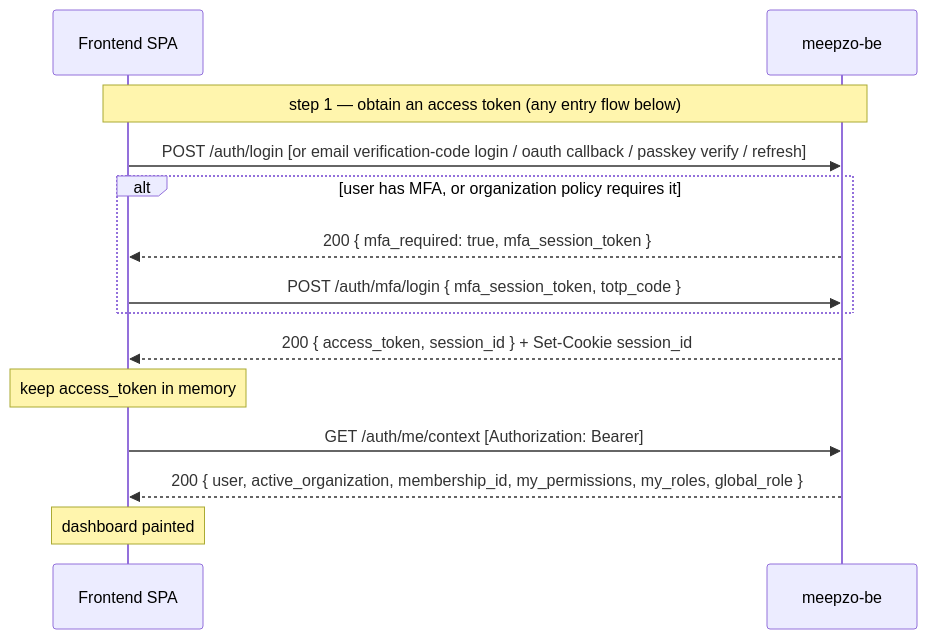
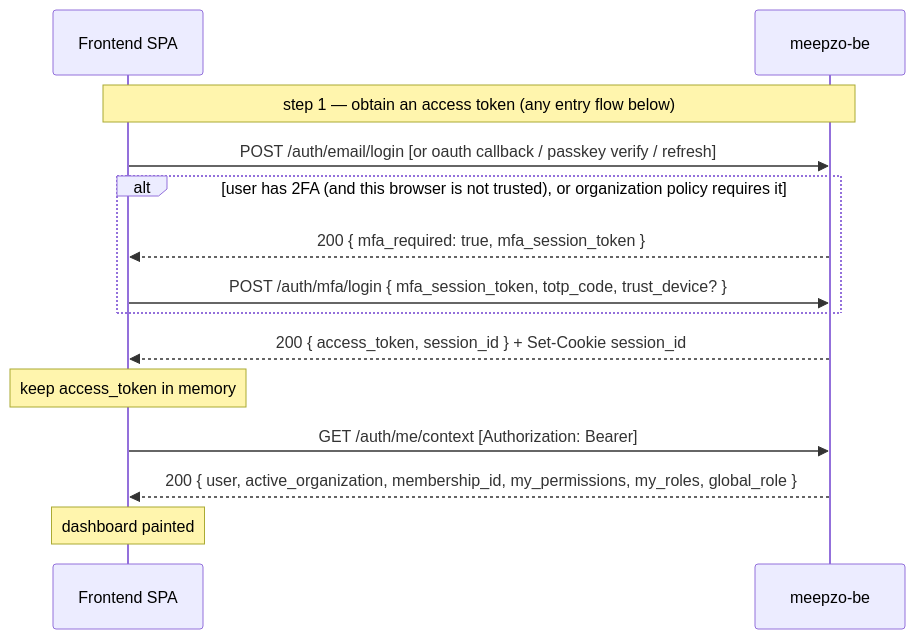
One commit to albetrios/meepzo-be changed the second of 2 diagrams in docs/reference/api/frontend-auth-guide.md. Above: the diagram before and after it, drawn with Mermaid. The commit also changed other lines of this file and 74 other files, not shown here.

First line of the commit message:
feat(auth): iteration row R32 — two-factor, trusted devices, the strong email-code step-up (routes 126–127, 145, 147)

````diff
--- a/docs/reference/api/frontend-auth-guide.md
+++ b/docs/reference/api/frontend-auth-guide.md
@@ -281,16 +306,16 @@
 ```mermaid
 sequenceDiagram
   participant FE as Frontend SPA
   participant API as meepzo-be
   Note over FE,API: step 1 — obtain an access token (any entry flow below)
-  FE->>API: POST /auth/login  [or email verification-code login / oauth callback / passkey verify / refresh]
-  alt user has MFA, or organization policy requires it
+  FE->>API: POST /auth/email/login  [or oauth callback / passkey verify / refresh]
+  alt user has 2FA (and this browser is not trusted), or organization policy requires it
     API-->>FE: 200 { mfa_required: true, mfa_session_token }
-    FE->>API: POST /auth/mfa/login { mfa_session_token, totp_code }
+    FE->>API: POST /auth/mfa/login { mfa_session_token, totp_code, trust_device? }
   end
   API-->>FE: 200 { access_token, session_id }  + Set-Cookie session_id
   Note over FE: keep access_token in memory
   FE->>API: GET /auth/me/context   [Authorization: Bearer]
   API-->>FE: 200 { user, active_organization, membership_id, my_permissions, my_roles, global_role }
   Note over FE: dashboard painted
 ```
````
